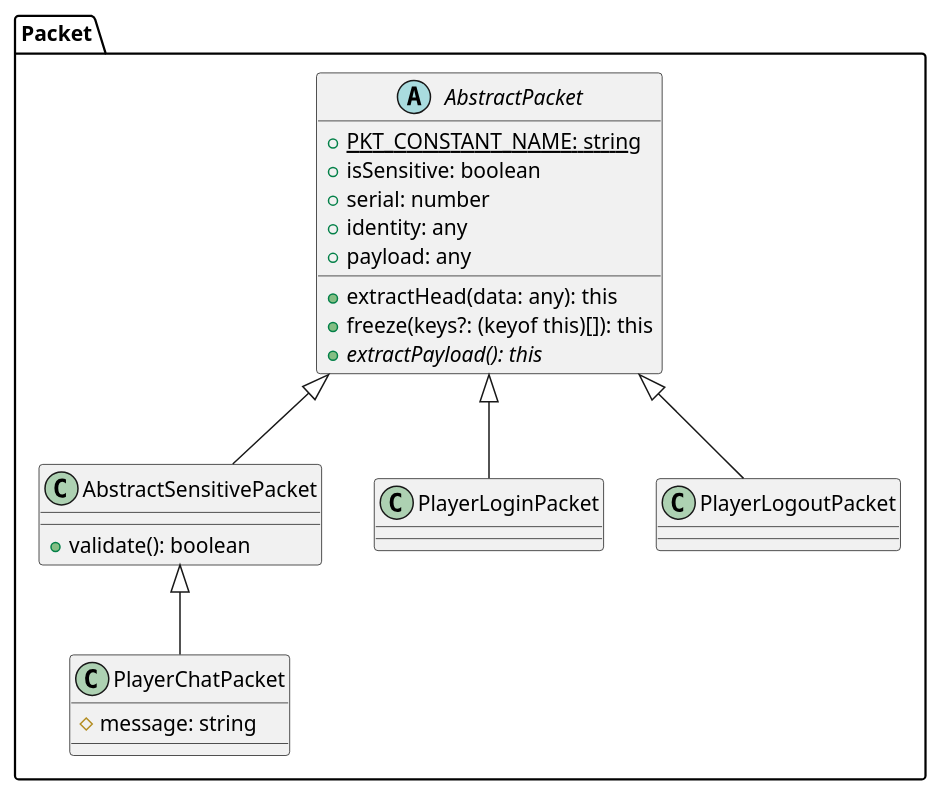
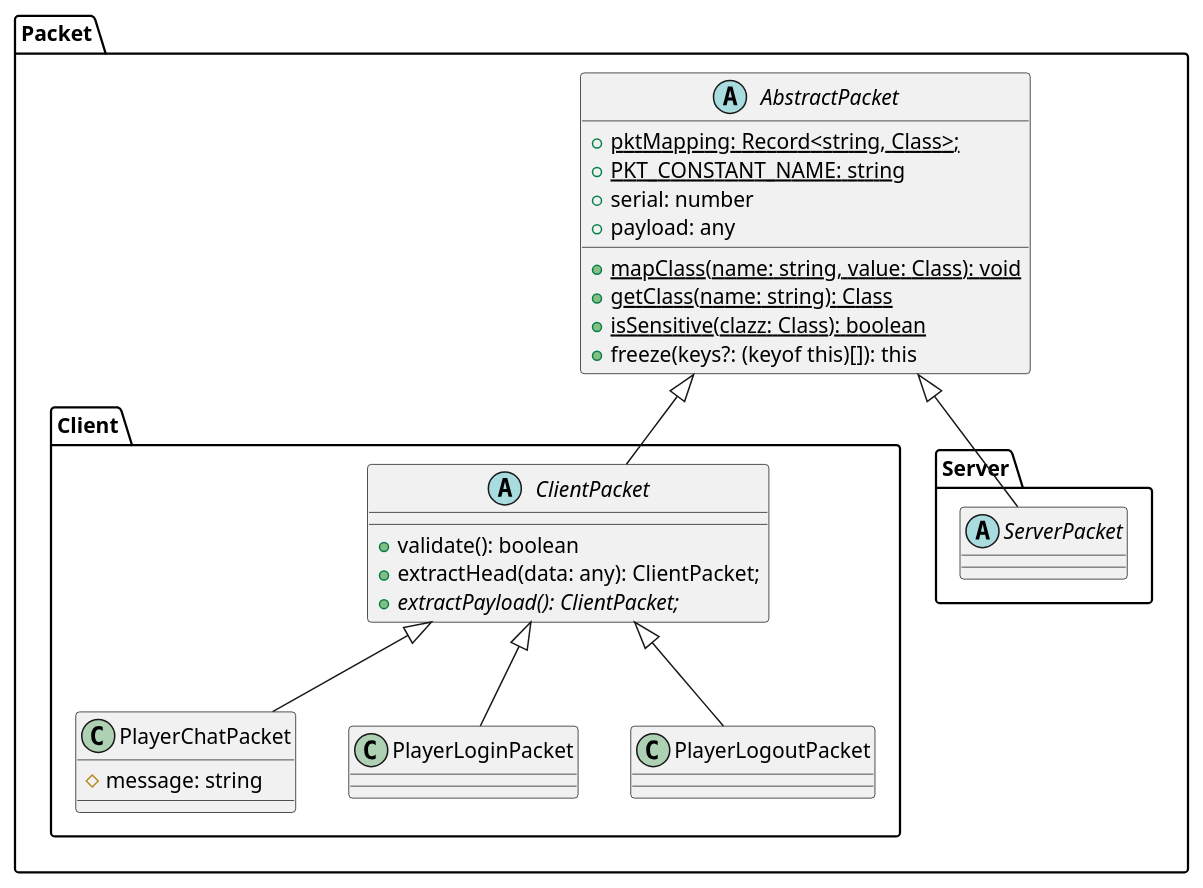
Before and after one commit to SibylForge/SibylForge: the diagram in doc/uml/class-diagram/CD-Packet.puml, drawn with PlantUML. The commit also changed 14 other files, not shown here.

Commit message:
feat(client): ClientPacket & Sensitive

```diff
--- a/doc/uml/class-diagram/CD-Packet.puml
+++ b/doc/uml/class-diagram/CD-Packet.puml
@@ -1,27 +1,35 @@
 @startuml Packet
 
 namespace Packet {
 	abstract class AbstractPacket {
+		+{static} pktMapping: Record<string, Class>;
 		+{static} PKT_CONSTANT_NAME: string
-		+isSensitive: boolean
 		+serial: number
-		+identity: any
 		+payload: any
-		+extractHead(data: any): this
+		+{static} mapClass(name: string, value: Class): void
+		+{static} getClass(name: string): Class
+		+{static} isSensitive(clazz: Class): boolean
 		+freeze(keys?: (keyof this)[]): this
-		+{abstract} extractPayload(): this
 	}
 
-	class AbstractSensitivePacket extends AbstractPacket {
-		+validate(): boolean
+	namespace Client {
+		abstract class ClientPacket extends .Packet.AbstractPacket {
+			+validate(): boolean
+			+extractHead(data: any): ClientPacket;
+			+{abstract} extractPayload(): ClientPacket;
+		}
+
+		class PlayerChatPacket extends ClientPacket {
+			#message: string
+		}
+
+		class PlayerLoginPacket extends ClientPacket {}
+		class PlayerLogoutPacket extends ClientPacket {}
 	}
 
-	class PlayerChatPacket extends AbstractSensitivePacket {
-		#message: string
+	namespace Server {
+		abstract class ServerPacket extends .Packet.AbstractPacket {}
 	}
-
-	class PlayerLoginPacket extends AbstractPacket {}
-	class PlayerLogoutPacket extends AbstractPacket {}
 }
 
 @enduml
```
